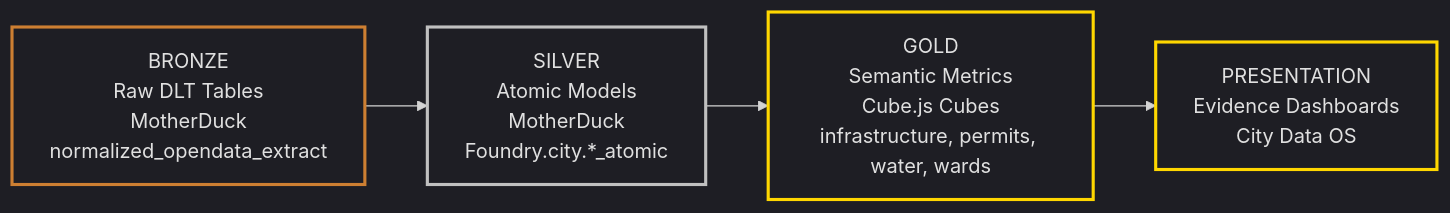
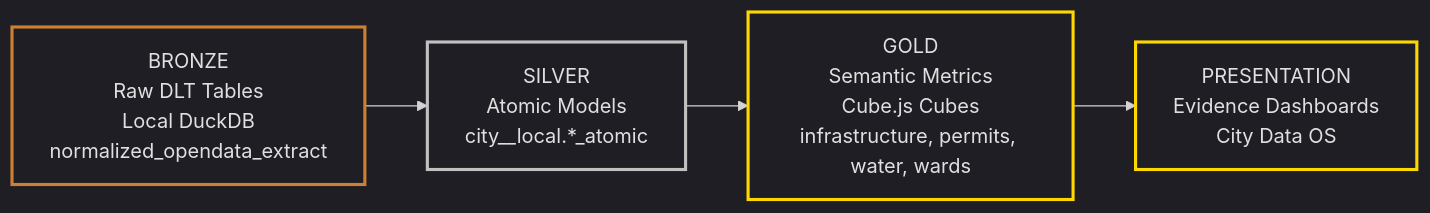
One commit to MetricForge-Analytics-Inc/MetricForge-City-Foundation changed the eighth of 9 diagrams in Documentation/Architecture/system-architecture.md. Above: the diagram before and after it, drawn with Mermaid. The commit also changed other lines of this file and 3 other files, not shown here.

First line of the commit message:
docs: update all documentation to reflect current architecture

````diff
--- a/Documentation/Architecture/system-architecture.md
+++ b/Documentation/Architecture/system-architecture.md
@@ -272,14 +267,14 @@
 ```mermaid
 %%{init: {'theme': 'dark', 'themeVariables': {'mainBkg': 'transparent', 'nodeBorder': '#555', 'clusterBkg': 'transparent', 'clusterBorder': '#555'}}}%%
 flowchart LR
     classDef bronze fill:none,color:#e0e0e0,stroke:#cd7f32,stroke-width:2.5px
     classDef silver fill:none,color:#e0e0e0,stroke:#c0c0c0,stroke-width:2.5px
     classDef gold fill:none,color:#e0e0e0,stroke:#ffd700,stroke-width:2.5px
 
-    B["BRONZE<br/>Raw DLT Tables<br/>MotherDuck<br/>normalized_opendata_extract"]:::bronze
-    S["SILVER<br/>Atomic Models<br/>MotherDuck<br/>Foundry.city.*_atomic"]:::silver
+    B["BRONZE<br/>Raw DLT Tables<br/>Local DuckDB<br/>normalized_opendata_extract"]:::bronze
+    S["SILVER<br/>Atomic Models<br/>city__local.*_atomic"]:::silver
     G["GOLD<br/>Semantic Metrics<br/>Cube.js Cubes<br/>infrastructure, permits, water, wards"]:::gold
     P["PRESENTATION<br/>Evidence Dashboards<br/>City Data OS"]:::gold
 
     B --> S --> G --> P
 ```
````
